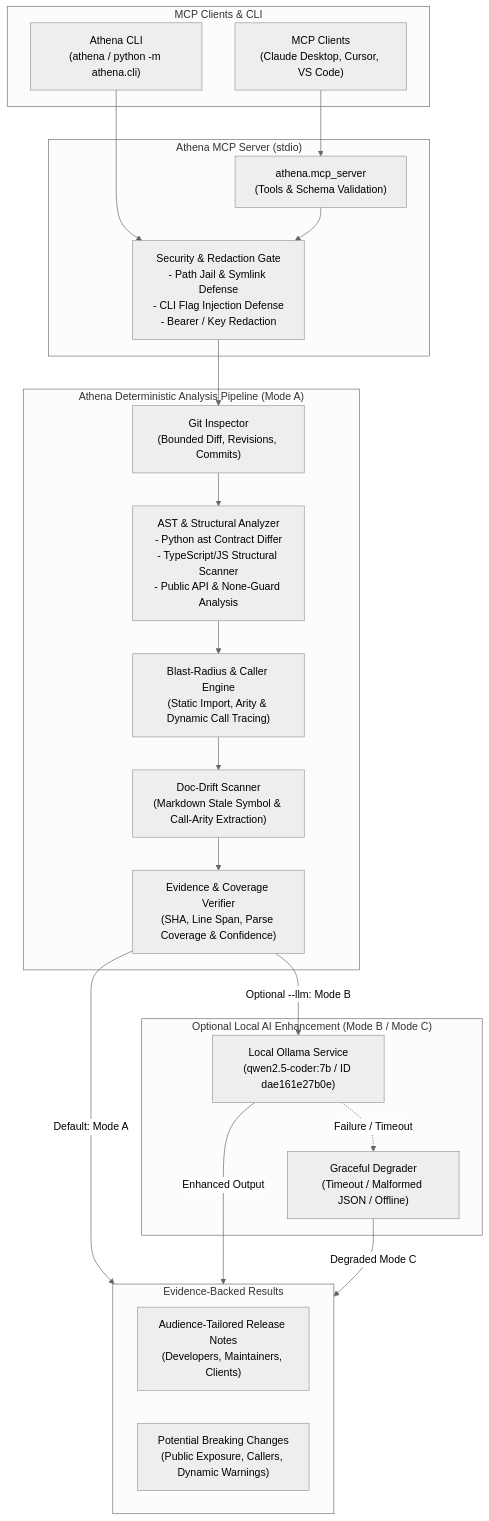
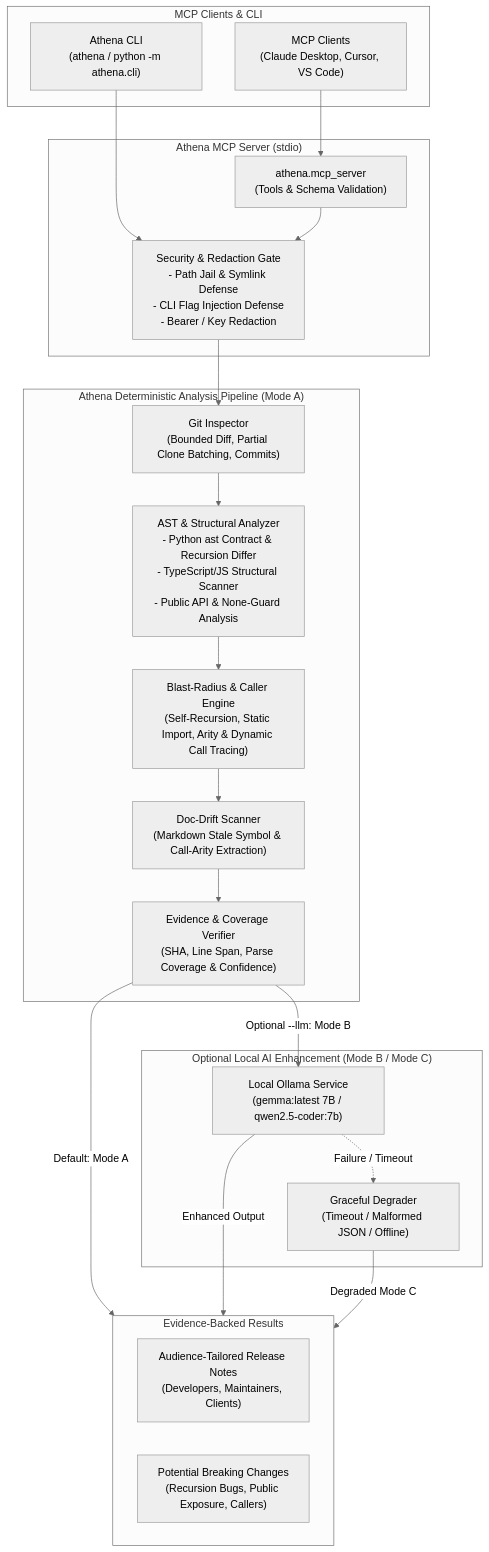
Before and after one commit to Gh0stlyKn1ght/athena: the diagram in README.md, drawn with Mermaid (neutral theme). The commit also changed other lines of this file and 14 other files, not shown here.

Commit message:
feat(ast,ollama,eval): add Gemma 7B support, recursive function bug analysis, and 85-repo 5000k+ star MCP evaluation (BUG-021..BUG-029)

````diff
--- a/README.md
+++ b/README.md
@@ -27,45 +27,45 @@
 ```mermaid
 flowchart TD
     subgraph Client["MCP Clients & CLI"]
         CLI["Athena CLI\n(athena / python -m athena.cli)"]
         IDE["MCP Clients\n(Claude Desktop, Cursor, VS Code)"]
     end
 
     subgraph Server["Athena MCP Server (stdio)"]
         MCP["athena.mcp_server\n(Tools & Schema Validation)"]
         SEC["Security & Redaction Gate\n- Path Jail & Symlink Defense\n- CLI Flag Injection Defense\n- Bearer / Key Redaction"]
     end
 
     subgraph Pipeline["Athena Deterministic Analysis Pipeline (Mode A)"]
-        GIT["Git Inspector\n(Bounded Diff, Revisions, Commits)"]
-        AST["AST & Structural Analyzer\n- Python ast Contract Differ\n- TypeScript/JS Structural Scanner\n- Public API & None-Guard Analysis"]
-        BLAST["Blast-Radius & Caller Engine\n(Static Import, Arity & Dynamic Call Tracing)"]
+        GIT["Git Inspector\n(Bounded Diff, Partial Clone Batching, Commits)"]
+        AST["AST & Structural Analyzer\n- Python ast Contract & Recursion Differ\n- TypeScript/JS Structural Scanner\n- Public API & None-Guard Analysis"]
+        BLAST["Blast-Radius & Caller Engine\n(Self-Recursion, Static Import, Arity & Dynamic Call Tracing)"]
         DRIFT["Doc-Drift Scanner\n(Markdown Stale Symbol & Call-Arity Extraction)"]
         VERIFY["Evidence & Coverage Verifier\n(SHA, Line Span, Parse Coverage & Confidence)"]
     end
 
     subgraph OptionalAI["Optional Local AI Enhancement (Mode B / Mode C)"]
-        OLLAMA["Local Ollama Service\n(qwen2.5-coder:7b / ID dae161e27b0e)"]
+        OLLAMA["Local Ollama Service\n(gemma:latest 7B / qwen2.5-coder:7b)"]
         FALLBACK["Graceful Degrader\n(Timeout / Malformed JSON / Offline)"]
     end
 
     subgraph Output["Evidence-Backed Results"]
         REPORT["Audience-Tailored Release Notes\n(Developers, Maintainers, Clients)"]
-        BREAK["Potential Breaking Changes\n(Public Exposure, Callers, Dynamic Warnings)"]
+        BREAK["Potential Breaking Changes\n(Recursion Bugs, Public Exposure, Callers)"]
     end
 
     CLI --> SEC
     IDE --> MCP
     MCP --> SEC
     SEC --> GIT
     GIT --> AST
     AST --> BLAST
     BLAST --> DRIFT
     DRIFT --> VERIFY
 
     VERIFY -->|Default: Mode A| Output
     VERIFY -->|Optional --llm: Mode B| OLLAMA
     OLLAMA -->|Enhanced Output| Output
     OLLAMA -.->|Failure / Timeout| FALLBACK
     FALLBACK -->|Degraded Mode C| Output
 ```
````
